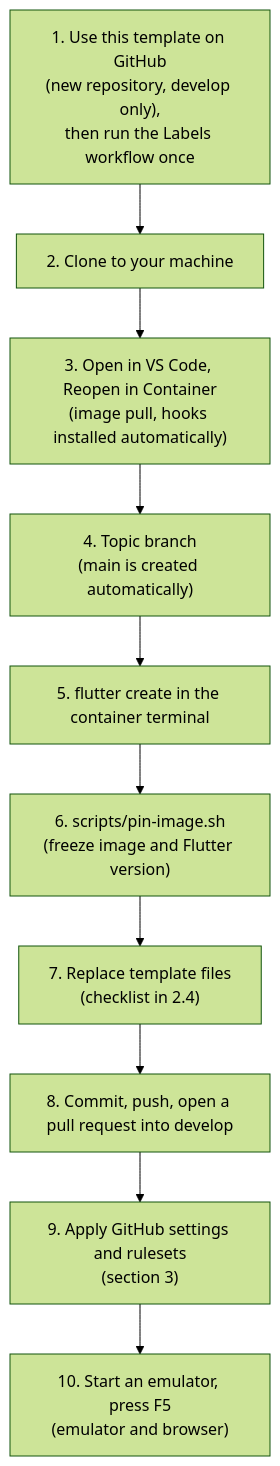
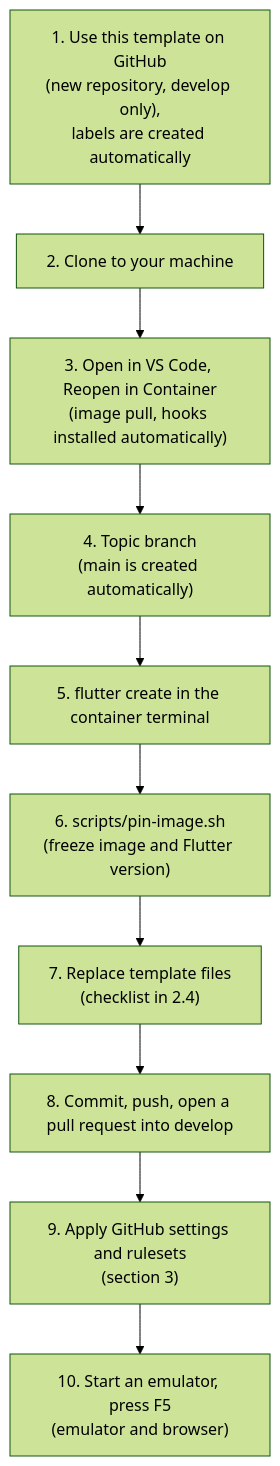
Before and after one commit to alihaidar0/flutter-template: the second of 12 diagrams in README.md, drawn with Mermaid (forest theme). The commit also changed other lines of this file and 6 other files, not shown here.

First line of the commit message:
fix: align labels, pre-push and format check with the first run

````diff
--- a/README.md
+++ b/README.md
@@ -106,12 +106,12 @@
 ```mermaid
 flowchart TD
-    A["1. Use this template on GitHub<br/>(new repository, develop only),<br/>then run the Labels workflow once"] --> B["2. Clone to your machine"]
+    A["1. Use this template on GitHub<br/>(new repository, develop only),<br/>labels are created automatically"] --> B["2. Clone to your machine"]
     B --> C["3. Open in VS Code, Reopen in Container<br/>(image pull, hooks installed automatically)"]
     C --> D["4. Topic branch<br/>(main is created automatically)"]
     D --> E["5. flutter create in the container terminal"]
     E --> F["6. scripts/pin-image.sh<br/>(freeze image and Flutter version)"]
     F --> G["7. Replace template files<br/>(checklist in 2.4)"]
     G --> H["8. Commit, push, open a pull request into develop"]
     H --> I["9. Apply GitHub settings and rulesets<br/>(section 3)"]
     I --> J["10. Start an emulator, press F5<br/>(emulator and browser)"]
 ```
````
